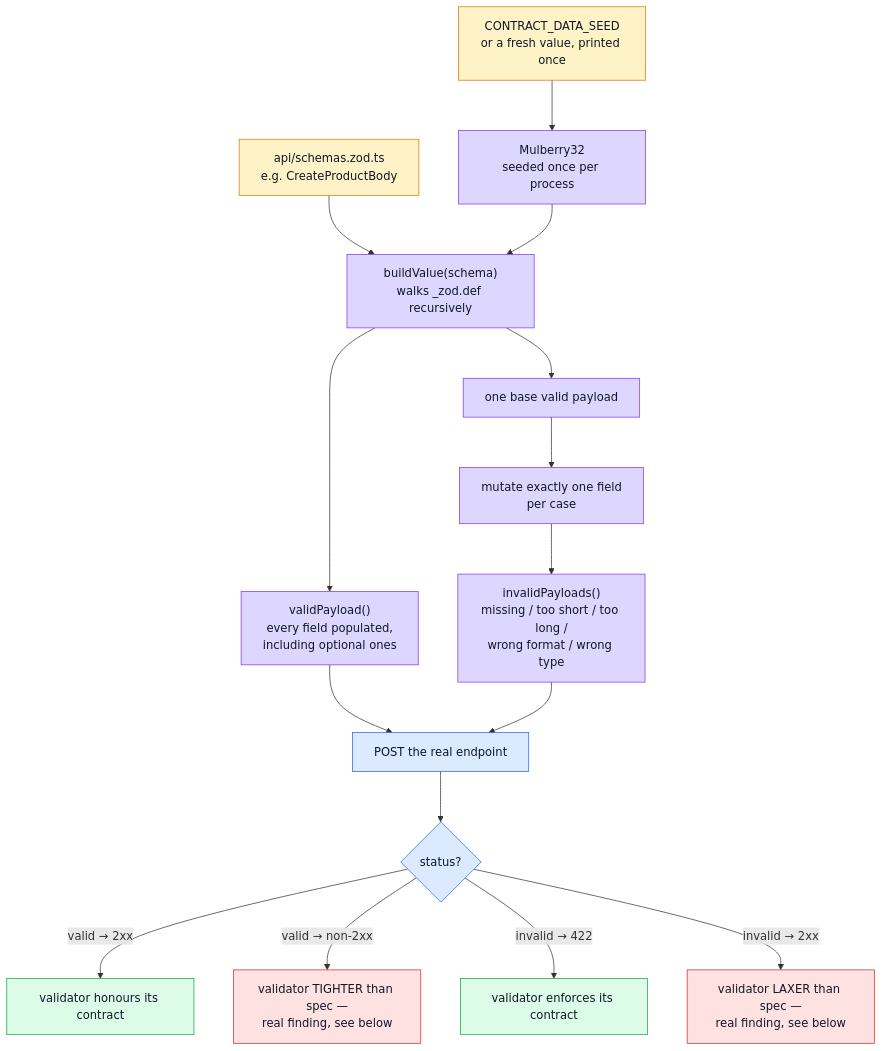
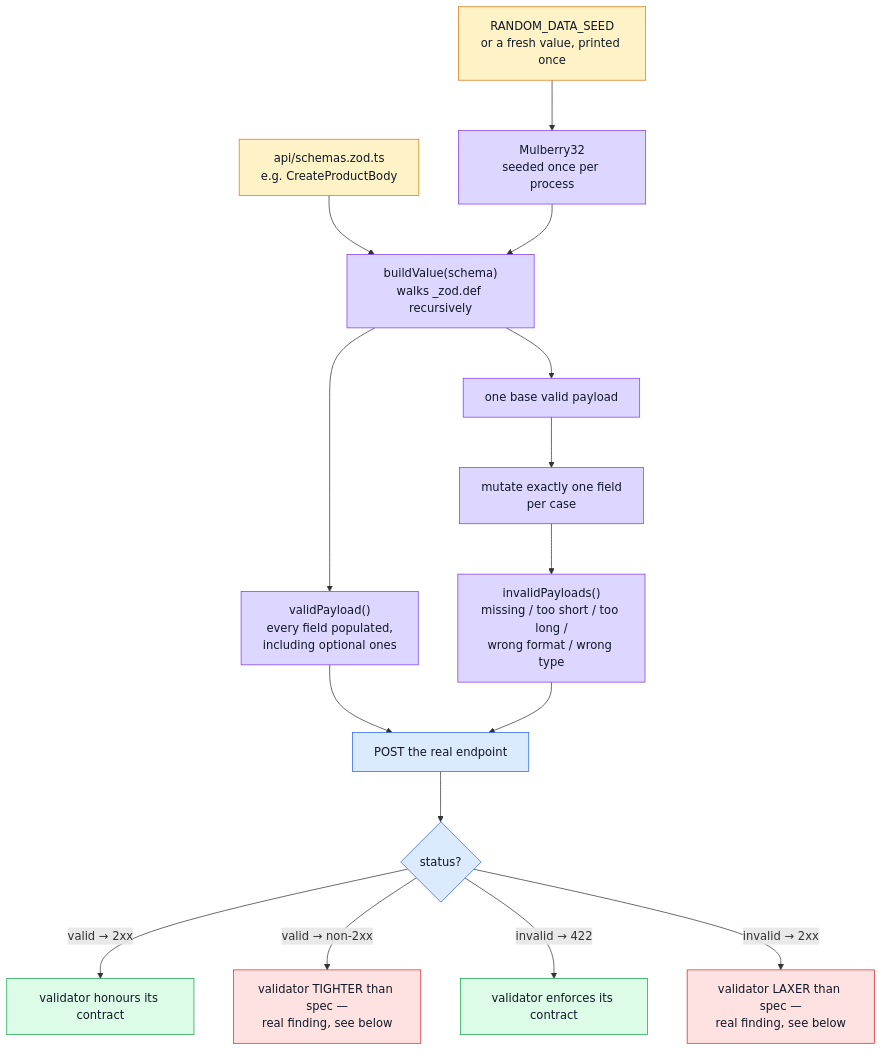
The diagram in docs/tools/contract-request-data.md (Guebbit/boilerplate-node-backend), drawn with Mermaid before and after one commit. The commit also changed other lines of this file and 19 other files, not shown here.

````diff
--- a/docs/tools/contract-request-data.md
+++ b/docs/tools/contract-request-data.md
@@ -45,30 +45,30 @@
 ```mermaid
 %%{init: {'flowchart': {'nodeSpacing': 55, 'rankSpacing': 70}}}%%
 flowchart TB
     Schema["api/schemas.zod.ts\ne.g. CreateProductBody"] --> Walk["buildValue(schema)\nwalks _zod.def recursively"]
-    Seed["CONTRACT_DATA_SEED\nor a fresh value, printed once"] --> PRNG["Mulberry32\nseeded once per process"]
+    Seed["RANDOM_DATA_SEED\nor a fresh value, printed once"] --> PRNG["Mulberry32\nseeded once per process"]
     PRNG --> Walk
     Walk --> Valid["validPayload()\nevery field populated,\nincluding optional ones"]
     Walk --> Base["one base valid payload"]
     Base --> Mutate["mutate exactly one field\nper case"]
     Mutate --> Invalid["invalidPayloads()\nmissing / too short / too long /\nwrong format / wrong type"]
 
     Valid --> Send["POST the real endpoint"]
     Invalid --> Send
     Send --> Result{"status?"}
     Result -->|"valid → 2xx"| Pass1["validator honours its contract"]
     Result -->|"valid → non-2xx"| Tight["validator TIGHTER than spec —\nreal finding, see below"]
     Result -->|"invalid → 422"| Pass2["validator enforces its contract"]
     Result -->|"invalid → 2xx"| Lax["validator LAXER than spec —\nreal finding, see below"]
 
     classDef schema fill:#fef3c7,stroke:#d97706,color:#111827;
     classDef gen fill:#ddd6fe,stroke:#7c3aed,color:#111827;
     classDef req fill:#dbeafe,stroke:#2563eb,color:#111827;
     classDef good fill:#dcfce7,stroke:#16a34a,color:#111827;
     classDef bad fill:#fee2e2,stroke:#dc2626,color:#111827;
     class Schema,Seed schema;
     class Walk,PRNG,Valid,Base,Mutate,Invalid gen;
     class Send,Result req;
     class Pass1,Pass2 good;
     class Tight,Lax bad;
 ```
````
